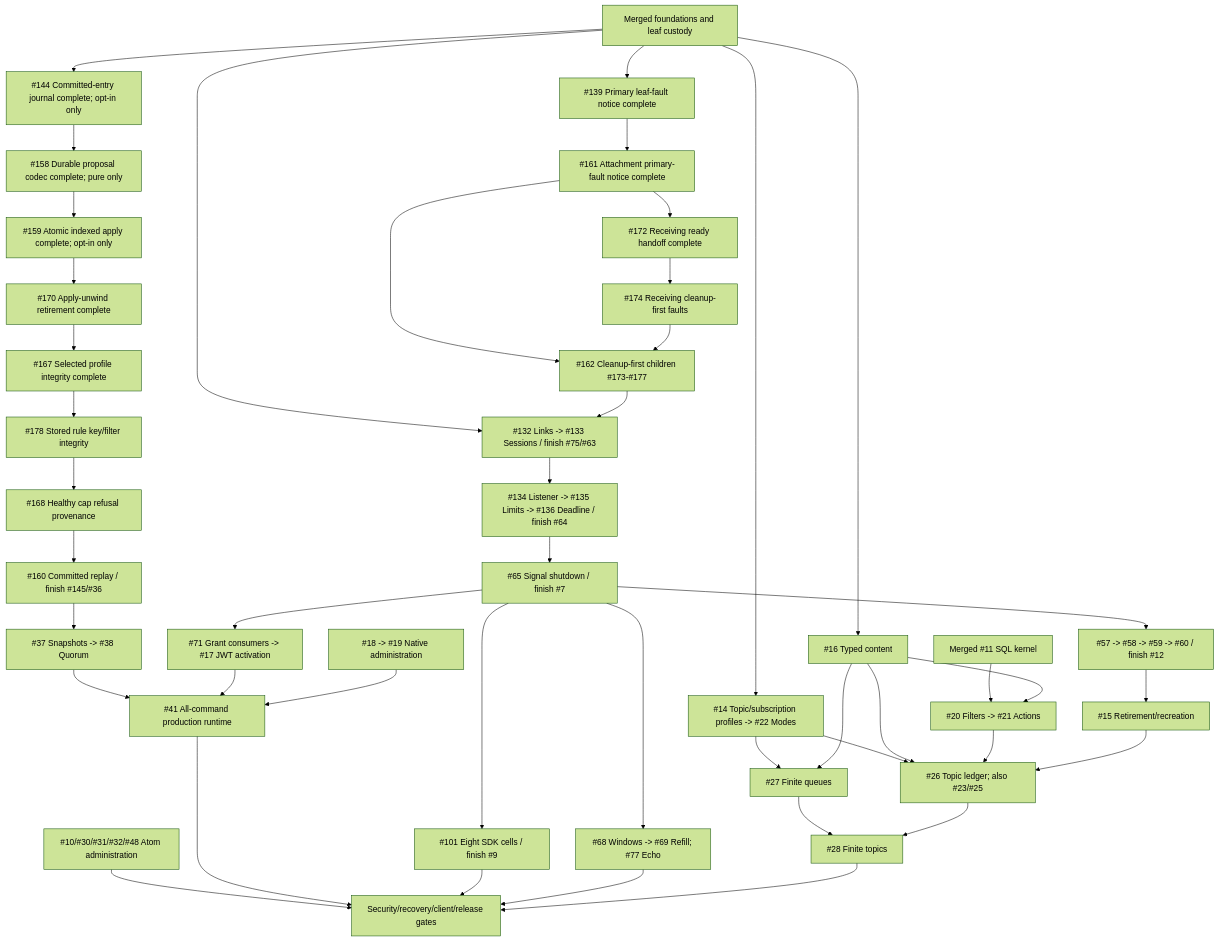
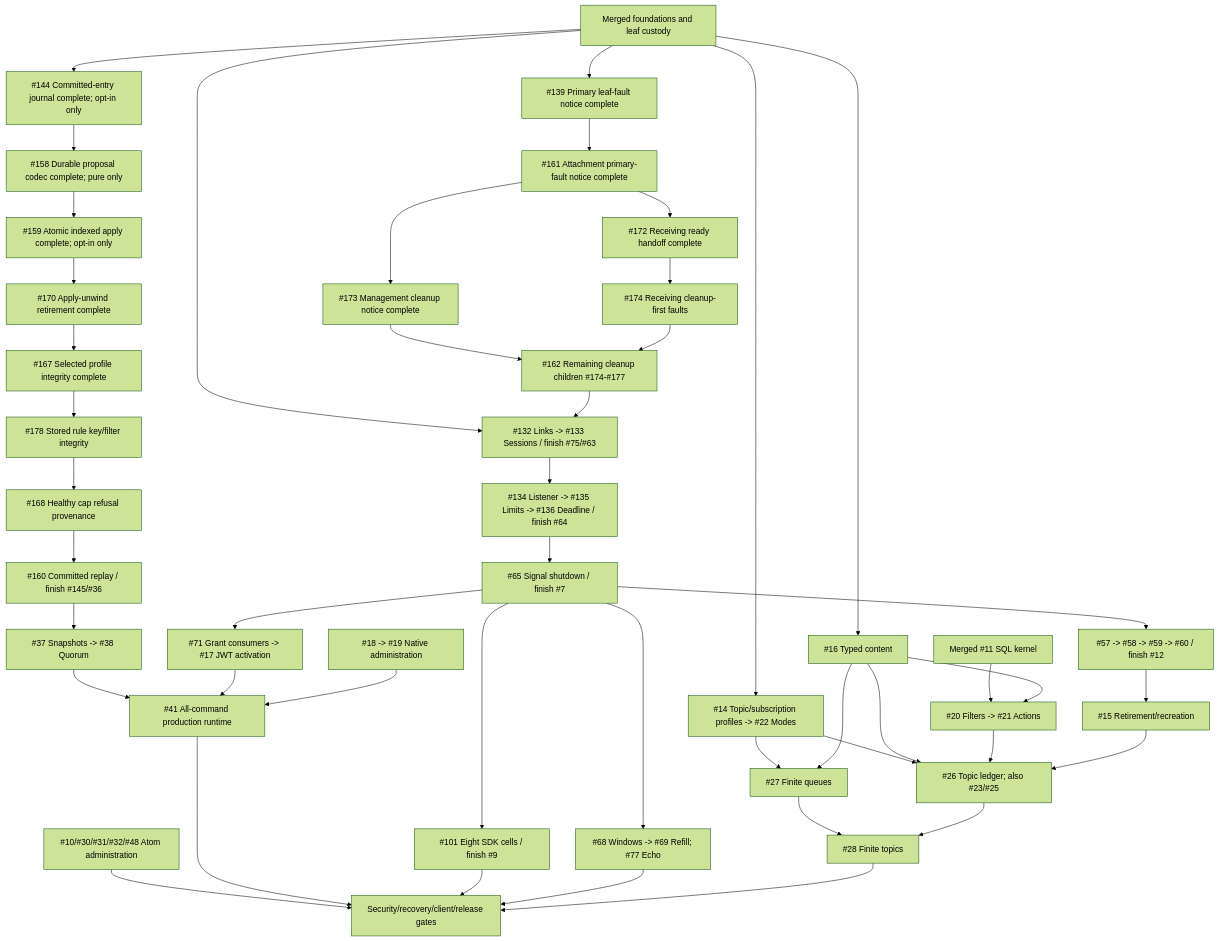
Before and after one commit to DeandreT/switchyard: the diagram in docs/roadmap.md, drawn with Mermaid (forest theme). The commit also changed other lines of this file and 7 other files, not shown here.

Commit message:
fix(protocol-amqp): notify faults inside management cleanup

````diff
--- a/docs/roadmap.md
+++ b/docs/roadmap.md
@@ -68,47 +69,48 @@
 ```mermaid
 flowchart TD
     Main["Merged foundations and leaf custody"] --> Fault["#139 Primary leaf-fault notice complete"]
     Main --> Trees
     Fault --> AttachFault["#161 Attachment primary-fault notice complete"]
-    AttachFault --> DrainFault["#162 Cleanup-first children #173-#177"]
+    AttachFault --> ManagementFault["#173 Management cleanup notice complete"]
+    ManagementFault --> DrainFault["#162 Remaining cleanup children #174-#177"]
     AttachFault --> Handoff["#172 Receiving ready handoff complete"]
     Handoff --> ReceivingFault["#174 Receiving cleanup-first faults"]
     ReceivingFault --> DrainFault
     DrainFault --> Trees["#132 Links -> #133 Sessions / finish #75/#63"]
     Trees --> Admission["#134 Listener -> #135 Limits -> #136 Deadline / finish #64"]
     Admission --> Signals["#65 Signal shutdown / finish #7"]
     Signals --> Authority["#57 -> #58 -> #59 -> #60 / finish #12"]
     Authority --> Delete["#15 Retirement/recreation"]
     Signals --> Grants["#71 Grant consumers -> #17 JWT activation"]
     Signals --> Matrix["#101 Eight SDK cells / finish #9"]
     Signals --> Windows["#68 Windows -> #69 Refill; #77 Echo"]
     Main --> Profiles["#14 Topic/subscription profiles -> #22 Modes"]
     Main --> Content["#16 Typed content"]
     Kernel["Merged #11 SQL kernel"] --> Rules["#20 Filters -> #21 Actions"]
     Content --> Rules
     Profiles --> Queue["#27 Finite queues"]
     Content --> Queue
     Profiles --> Ledger["#26 Topic ledger; also #23/#25"]
     Content --> Ledger
     Rules --> Ledger
     Delete --> Ledger
     Queue --> Topic["#28 Finite topics"]
     Ledger --> Topic
     Main --> Journal["#144 Committed-entry journal complete; opt-in only"]
     Journal --> Proposal["#158 Durable proposal codec complete; pure only"]
     Proposal --> Checkpoint["#159 Atomic indexed apply complete; opt-in only"]
     Checkpoint --> Panic["#170 Apply-unwind retirement complete"]
     Panic --> Integrity["#167 Selected profile integrity complete"]
     Integrity --> RuleIntegrity["#178 Stored rule key/filter integrity"]
     RuleIntegrity --> Cap["#168 Healthy cap refusal provenance"]
     Cap --> Log["#160 Committed replay / finish #145/#36"]
     Log --> Snapshots["#37 Snapshots -> #38 Quorum"]
     Snapshots --> Runtime["#41 All-command production runtime"]
     Grants --> Runtime
     Admin["#18 -> #19 Native administration"] --> Runtime
     Atom["#10/#30/#31/#32/#48 Atom administration"] --> Gates
     Runtime --> Gates["Security/recovery/client/release gates"]
     Matrix --> Gates
     Windows --> Gates
     Topic --> Gates
 ```
````
